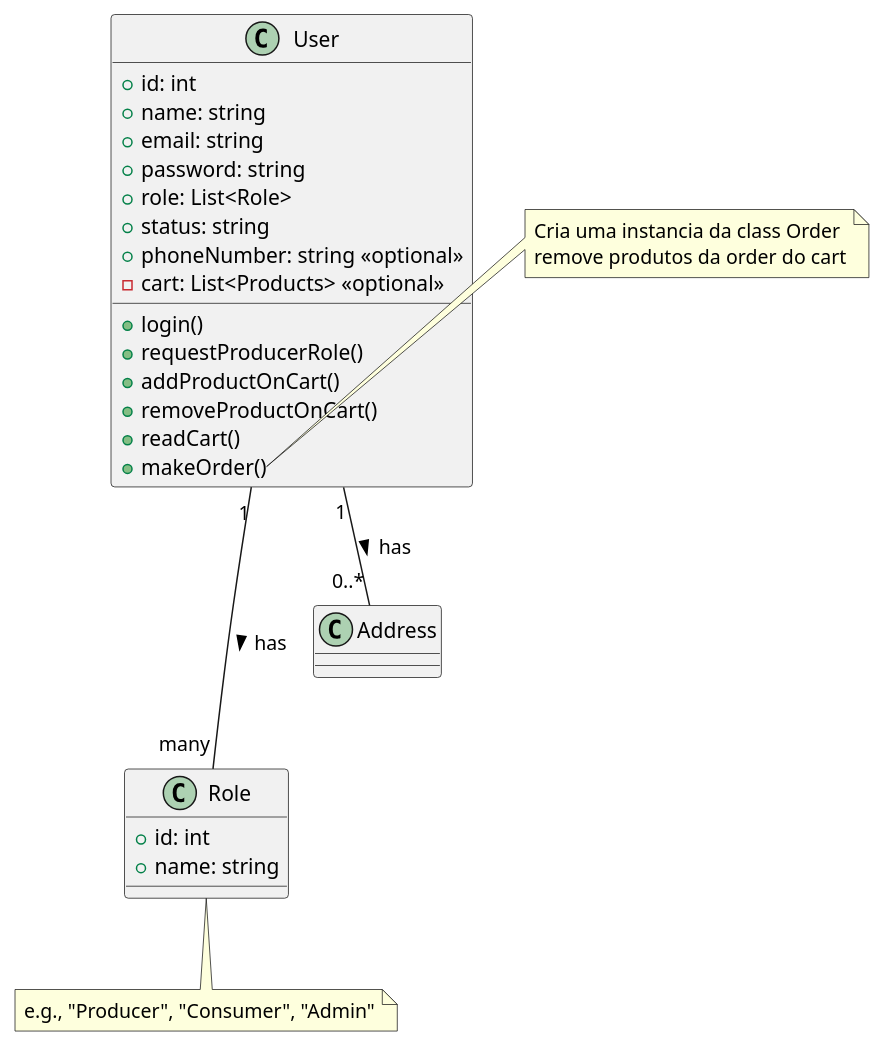
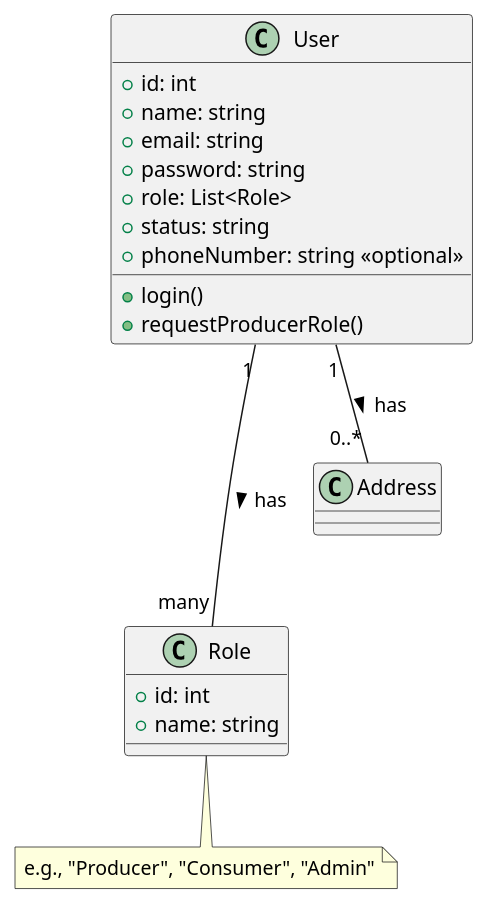
One commit to bruflor/comercio-vizinho changed the diagram in docs/diagrams/entities/User.puml. Above: the diagram before and after it, drawn with PlantUML. The commit also changed 2 other files, not shown here.

Commit message:
Adding cart entity/class

```diff
--- a/docs/diagrams/entities/User.puml
+++ b/docs/diagrams/entities/User.puml
@@ -1,41 +1,36 @@
 @startuml
 'https://plantuml.com/class-diagram
 
 class User {
     + id: int
     + name: string
     + email: string
     + password: string
     + role: List<Role>
     + status: string
     + phoneNumber: string <<optional>>
-    - cart: List<Products> <<optional>>
 
     + login()
     + requestProducerRole()
-    + addProductOnCart()
-    + removeProductOnCart()
-    + readCart()
-    + makeOrder()
 }
 
 note right of User::makeOrder
    Cria uma instancia da class Order
    remove produtos da order do cart
 end note
 
 ' Role Class
 class Role {
     + id: int
     + name: string
 }
 
 note bottom of Role: e.g., "Producer", "Consumer", "Admin"
 
 ' User-Address Relationship
 User "1" -- "0..*" Address : has >
 
 ' User-Role Relationship
 User "1" --- "many" Role : has >
 
 @enduml
```
